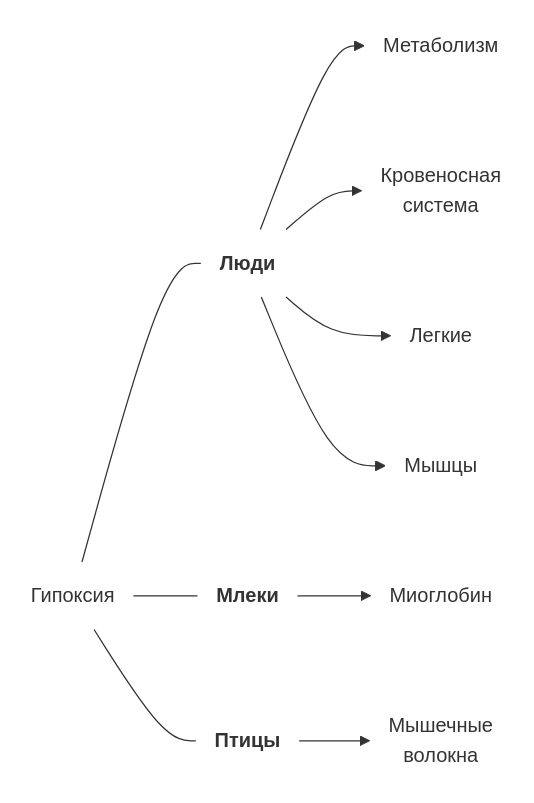
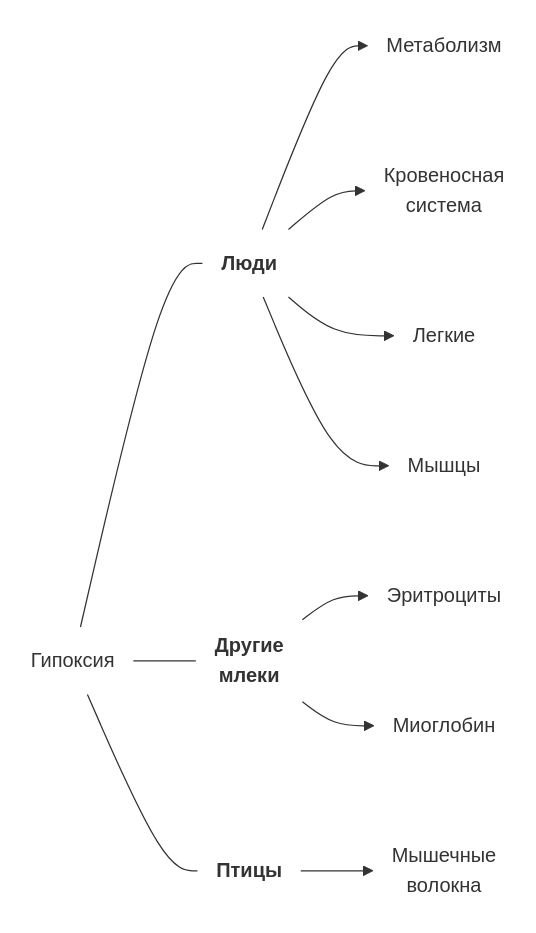
Before and after one commit to ekaterina-o/ekaterina-o.github.io: the first of 6 diagrams in content/notes/2023-0416-2200.Адаптации к гипоксии.md, drawn with Mermaid. The commit also changed other lines of this file, not shown here.

Commit message:
Update 2023-0416-2200.Адаптации к гипоксии.md

````diff
--- a/content/notes/2023-0416-2200.Адаптации к гипоксии.md
+++ b/content/notes/2023-0416-2200.Адаптации к гипоксии.md
@@ -23,27 +23,28 @@
 ```mermaid
 flowchart LR
 
 ГП("Гипоксия")
 
 ЛД("Люди")
 МТ("Метаболизм")
 КР("Кровеносная\n система")
 ЛГ("Легкие")
 МШ("Мышцы")
 
-ВМ("Млеки")
+МЛ("Другие\n млеки")
+ЭР("Эритроциты")
 МГ("Миоглобин")
 
 ПТ("Птицы")
 МВ("Мышечные\n волокна")
 
 ГП --- ЛД --> МТ & КР & ЛГ & МШ
-ГП --- ВМ --> МГ
+ГП --- МЛ --> ЭР & МГ
 ГП --- ПТ --> МВ
 
-class ГП,ЛД,МТ,КР,ЛГ,МШ,ВМ,МГ,ПТ,МВ HIDE
+class ГП,ЛД,МТ,КР,ЛГ,МШ,МЛ,ЭР,МГ,ПТ,МВ HIDE
 classDef HIDE fill:none,stroke:none
 
-class ЛД,ПТ,ВМ BOLD
+class ЛД,ПТ,МЛ BOLD
 classDef BOLD font-weight:bold
 ```
````
